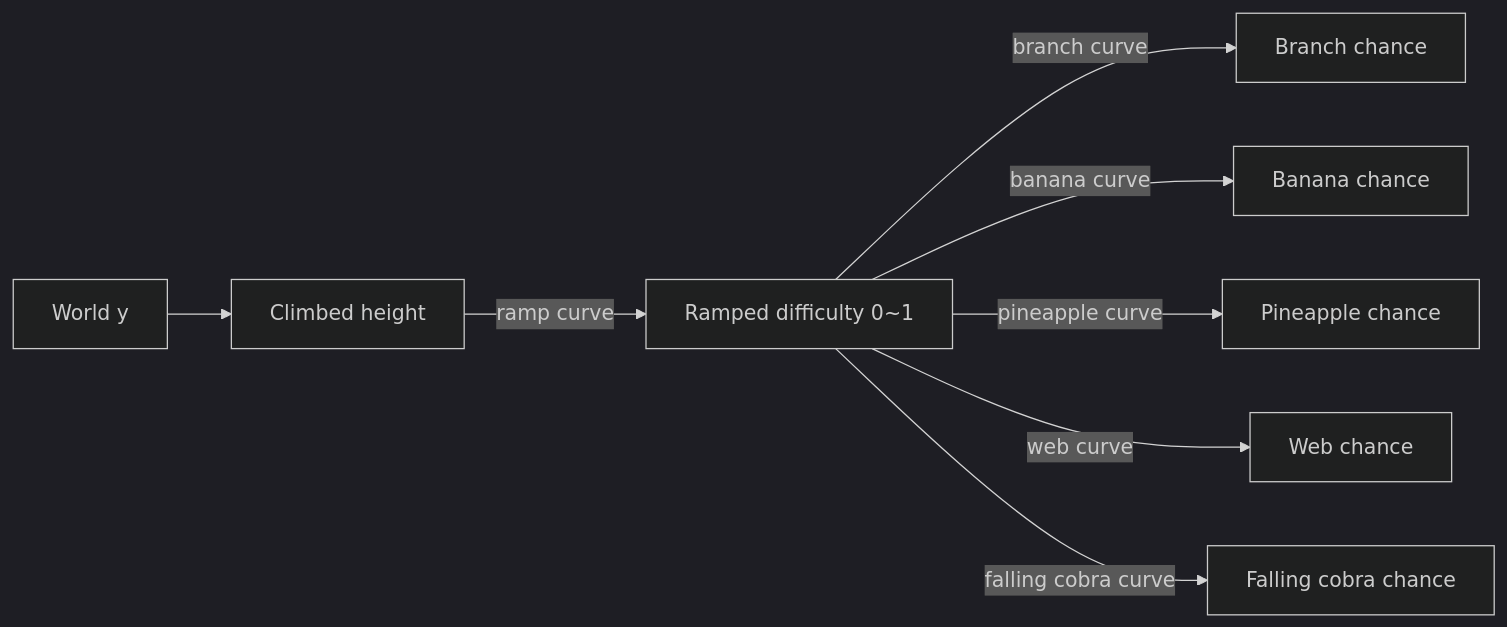
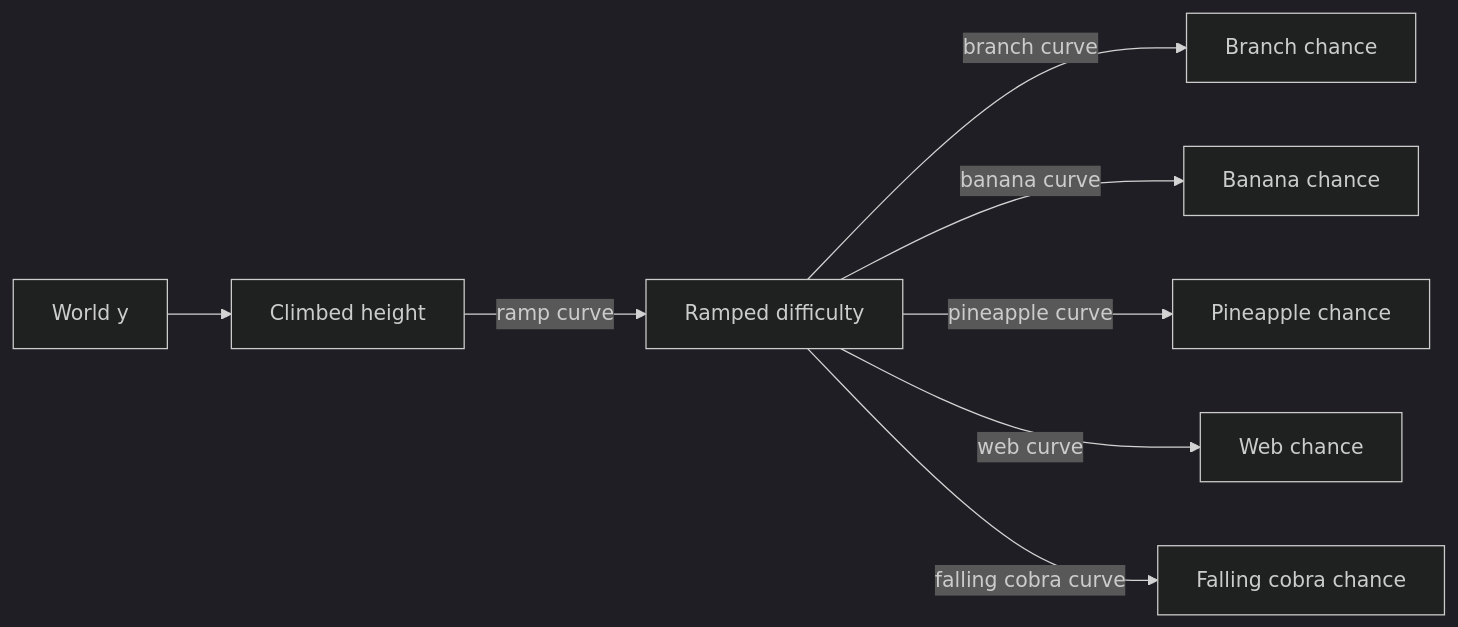
The diagram in docs/balance-doc.md (CSCI-526/Team4-Lu_Lu), drawn with Mermaid (dark theme) before and after one commit. The commit also changed other lines of this file and 5 other files, not shown here.

````diff
--- a/docs/balance-doc.md
+++ b/docs/balance-doc.md
@@ -16,10 +16,10 @@
 ```mermaid
 graph LR
   Y[World y] --> Climb[Climbed height]
-  Climb -->|ramp curve| Ramp[Ramped difficulty 0~1]
+  Climb -->|ramp curve| Ramp[Ramped difficulty]
   Ramp -->|branch curve| Branch[Branch chance]
   Ramp -->|banana curve| Banana[Banana chance]
   Ramp -->|pineapple curve| Pineapple[Pineapple chance]
   Ramp -->|web curve| Web[Web chance]
   Ramp -->|falling cobra curve| Fall[Falling cobra chance]
 ```
````
